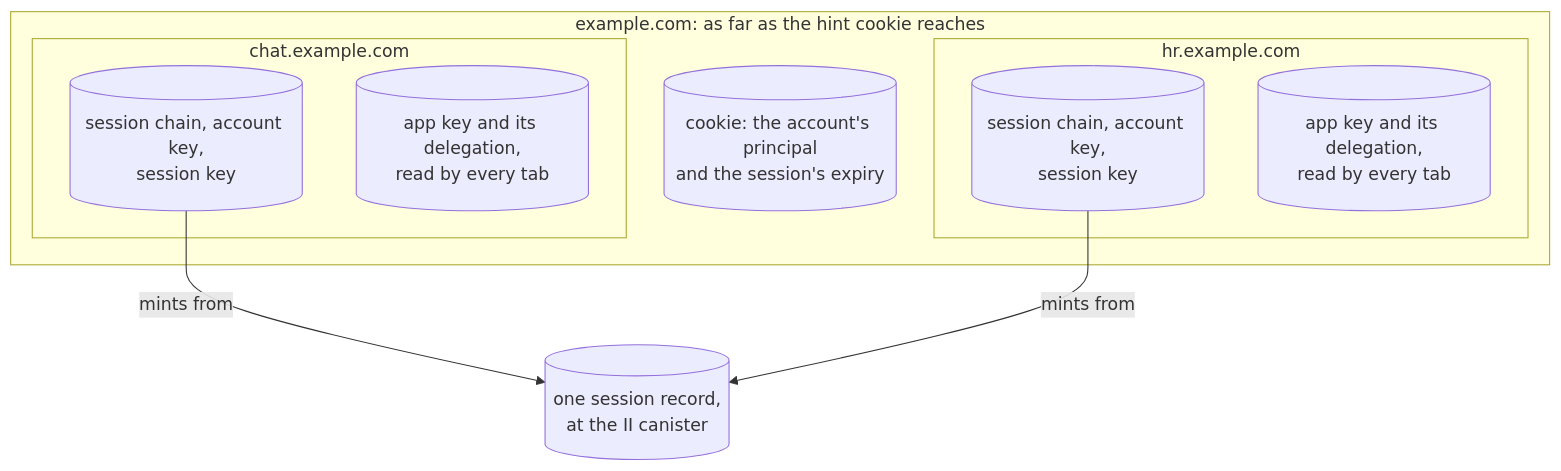
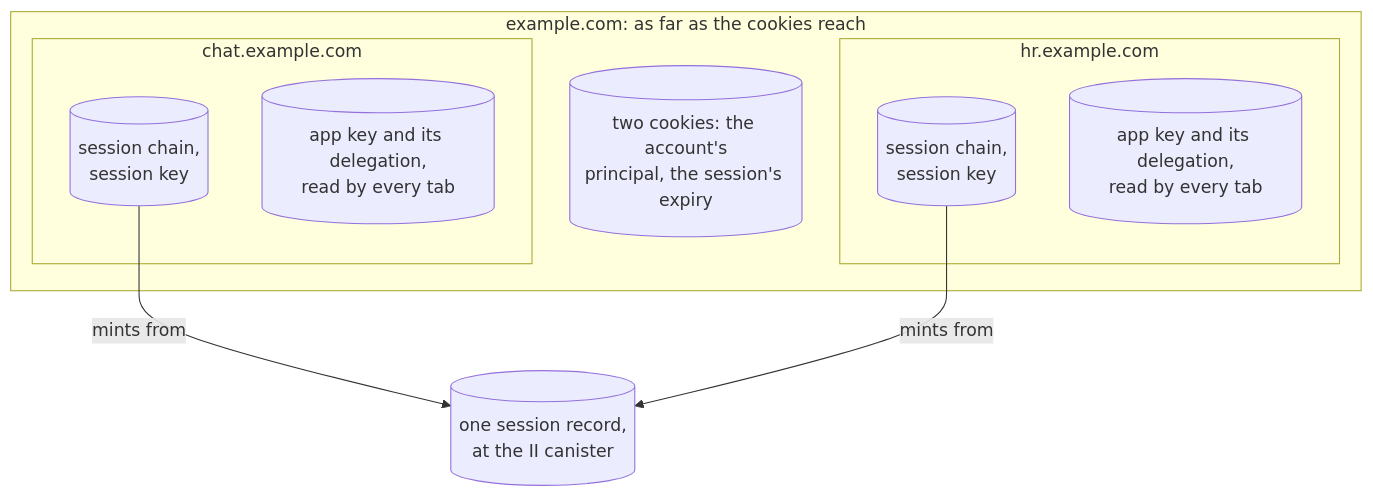
Before and after one commit to dfinity/internet-identity: the second of 5 diagrams in docs/ongoing/client-app-sessions.md, drawn with Mermaid. The commit also changed other lines of this file and 1 other file, not shown here.

````diff
--- a/docs/ongoing/client-app-sessions.md
+++ b/docs/ongoing/client-app-sessions.md
@@ -170,17 +170,17 @@
 ```mermaid
 flowchart TB
-    subgraph D["example.com: as far as the hint cookie reaches"]
-        H[("cookie: the account's principal<br/>and the session's expiry")]
+    subgraph D["example.com: as far as the cookies reach"]
+        H[("two cookies: the account's<br/>principal, the session's expiry")]
         subgraph O1["chat.example.com"]
-            L1[("session chain, account key,<br/>session key")]
+            L1[("session chain,<br/>session key")]
             B1[("app key and its delegation,<br/>read by every tab")]
         end
         subgraph O2["hr.example.com"]
-            L2[("session chain, account key,<br/>session key")]
+            L2[("session chain,<br/>session key")]
             B2[("app key and its delegation,<br/>read by every tab")]
         end
     end
     L1 -->|mints from| S
     L2 -->|mints from| S
     S[("one session record,<br/>at the II canister")]
 ```
````
